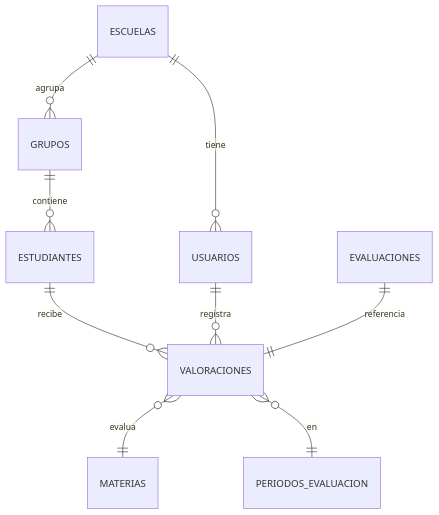
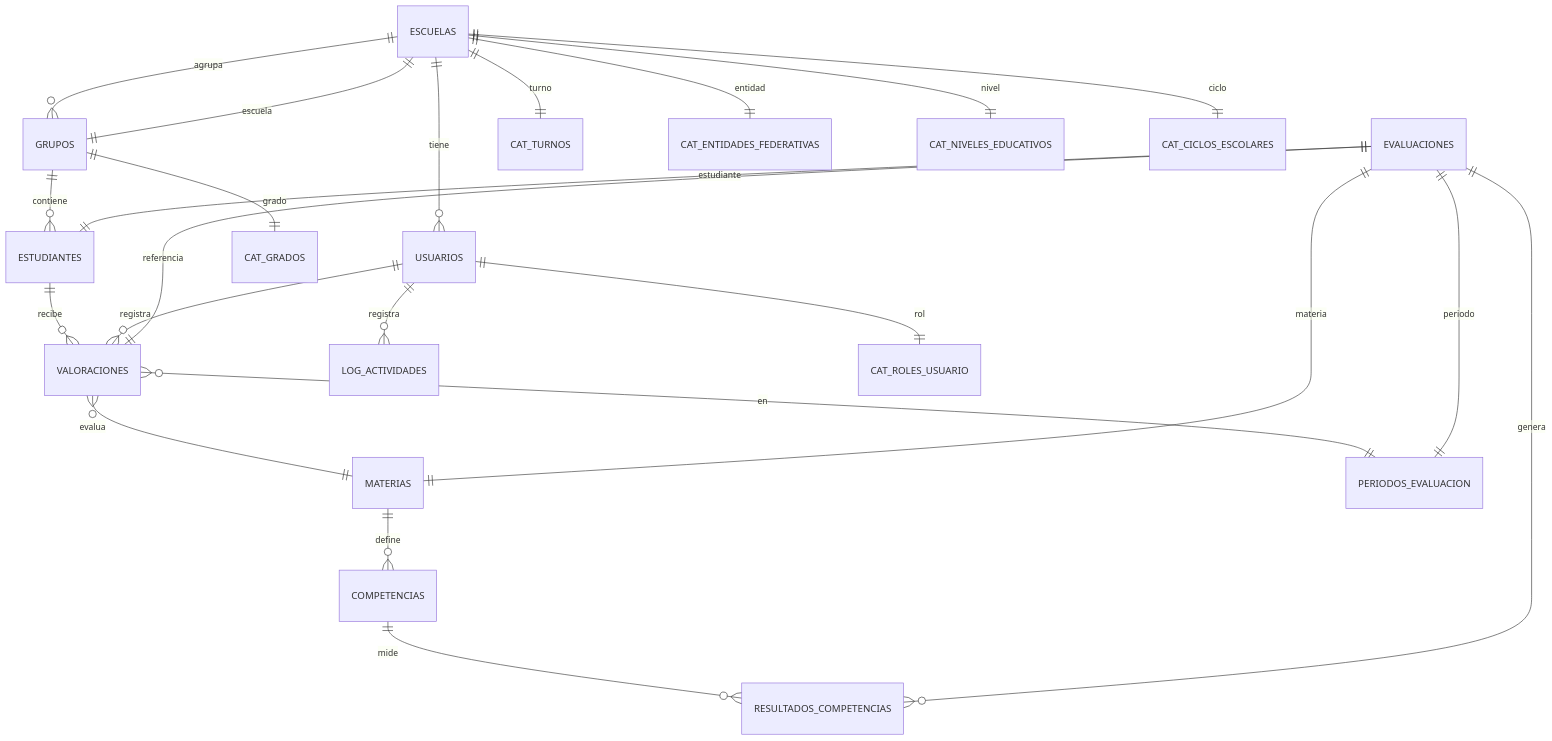
One commit to dleonsystem/sep_evaluacion_diagnostica changed the diagram in ESTRUCTURA_DE_DATOS.md. Above: the diagram before and after it, drawn with Mermaid. The commit also changed other lines of this file, not shown here.

````diff
--- a/ESTRUCTURA_DE_DATOS.md
+++ b/ESTRUCTURA_DE_DATOS.md
@@ -8,11 +8,25 @@
 ```mermaid
 erDiagram
     ESCUELAS ||--o{ USUARIOS : tiene
     ESCUELAS ||--o{ GRUPOS : agrupa
     GRUPOS ||--o{ ESTUDIANTES : contiene
     ESTUDIANTES ||--o{ VALORACIONES : recibe
     VALORACIONES }o--|| MATERIAS : evalua
     VALORACIONES }o--|| PERIODOS_EVALUACION : en
     USUARIOS ||--o{ VALORACIONES : registra
     EVALUACIONES ||--|| VALORACIONES : referencia
+    ESCUELAS ||--|| CAT_TURNOS : turno
+    ESCUELAS ||--|| CAT_ENTIDADES_FEDERATIVAS : entidad
+    ESCUELAS ||--|| CAT_NIVELES_EDUCATIVOS : nivel
+    ESCUELAS ||--|| CAT_CICLOS_ESCOLARES : ciclo
+    GRUPOS ||--|| CAT_GRADOS : grado
+    GRUPOS ||--|| ESCUELAS : escuela
+    EVALUACIONES ||--|| ESTUDIANTES : estudiante
+    EVALUACIONES ||--|| MATERIAS : materia
+    EVALUACIONES ||--|| PERIODOS_EVALUACION : periodo
+    MATERIAS ||--o{ COMPETENCIAS : define
+    COMPETENCIAS ||--o{ RESULTADOS_COMPETENCIAS : mide
+    EVALUACIONES ||--o{ RESULTADOS_COMPETENCIAS : genera
+    USUARIOS ||--o{ LOG_ACTIVIDADES : registra
+    USUARIOS ||--|| CAT_ROLES_USUARIO : rol
 ```
````
